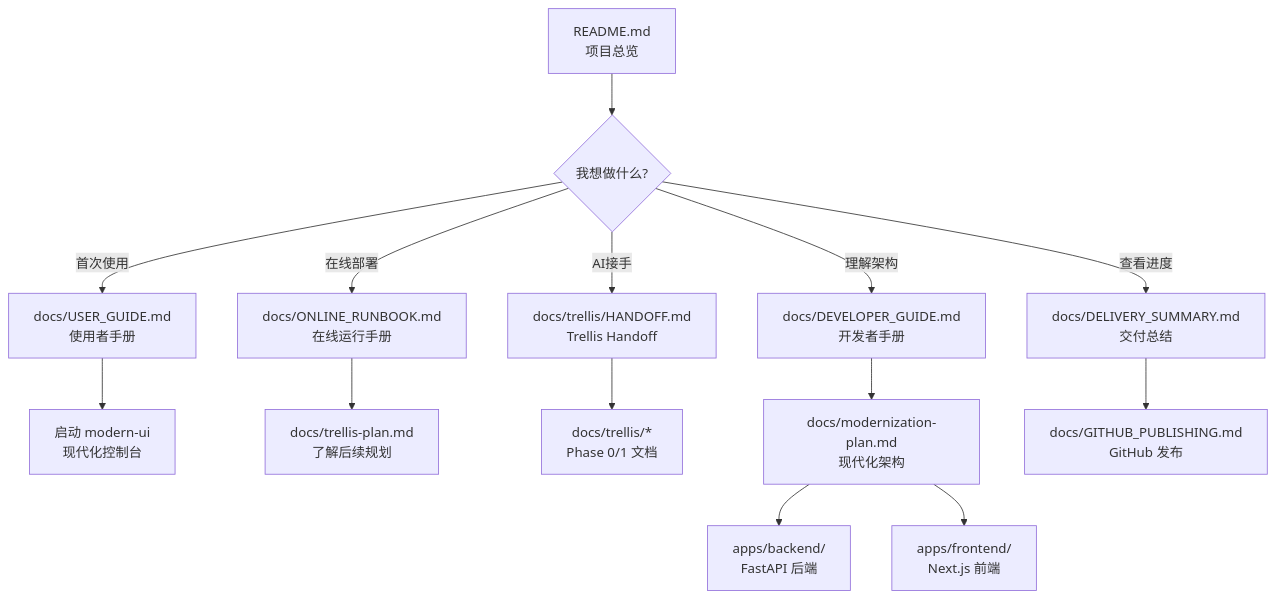
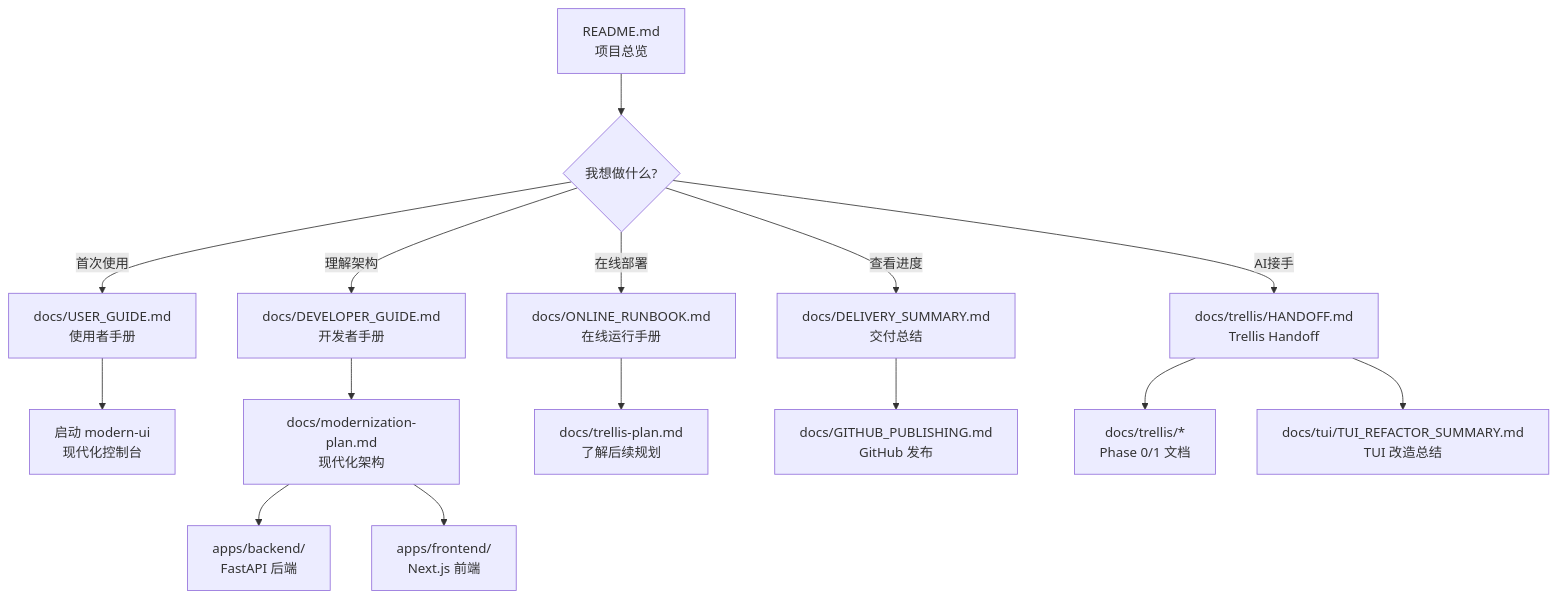
Before and after one commit to systemoutprintlnhelloworld/astock-agent-system: the diagram in DOCUMENTATION_MAP.md, drawn with Mermaid. The commit also changed other lines of this file and 5 other files, not shown here.

Commit message:
docs(trellis): 更新 TUI handoff 接手计划

````diff
--- a/DOCUMENTATION_MAP.md
+++ b/DOCUMENTATION_MAP.md
@@ -167,20 +167,21 @@
 ```mermaid
 graph TD
     README[README.md<br/>项目总览] --> QuickStart{我想做什么?}
     
     QuickStart -->|首次使用| UserGuide[docs/USER_GUIDE.md<br/>使用者手册]
     QuickStart -->|理解架构| DevGuide[docs/DEVELOPER_GUIDE.md<br/>开发者手册]
     QuickStart -->|在线部署| OnlineRunbook[docs/ONLINE_RUNBOOK.md<br/>在线运行手册]
     QuickStart -->|查看进度| DeliverySummary[docs/DELIVERY_SUMMARY.md<br/>交付总结]
     QuickStart -->|AI接手| Handoff[docs/trellis/HANDOFF.md<br/>Trellis Handoff]
     
     UserGuide --> ModernUI[启动 modern-ui<br/>现代化控制台]
     OnlineRunbook --> TrellisPlan[docs/trellis-plan.md<br/>了解后续规划]
     Handoff --> TrellisDocs[docs/trellis/*<br/>Phase 0/1 文档]
     DevGuide --> ModernizationPlan[docs/modernization-plan.md<br/>现代化架构]
     
     DeliverySummary --> GitHubPublish[docs/GITHUB_PUBLISHING.md<br/>GitHub 发布]
+    Handoff --> TUIRefactor[docs/tui/TUI_REFACTOR_SUMMARY.md<br/>TUI 改造总结]
     
     ModernizationPlan --> Backend[apps/backend/<br/>FastAPI 后端]
     ModernizationPlan --> Frontend[apps/frontend/<br/>Next.js 前端]
 ```
````
